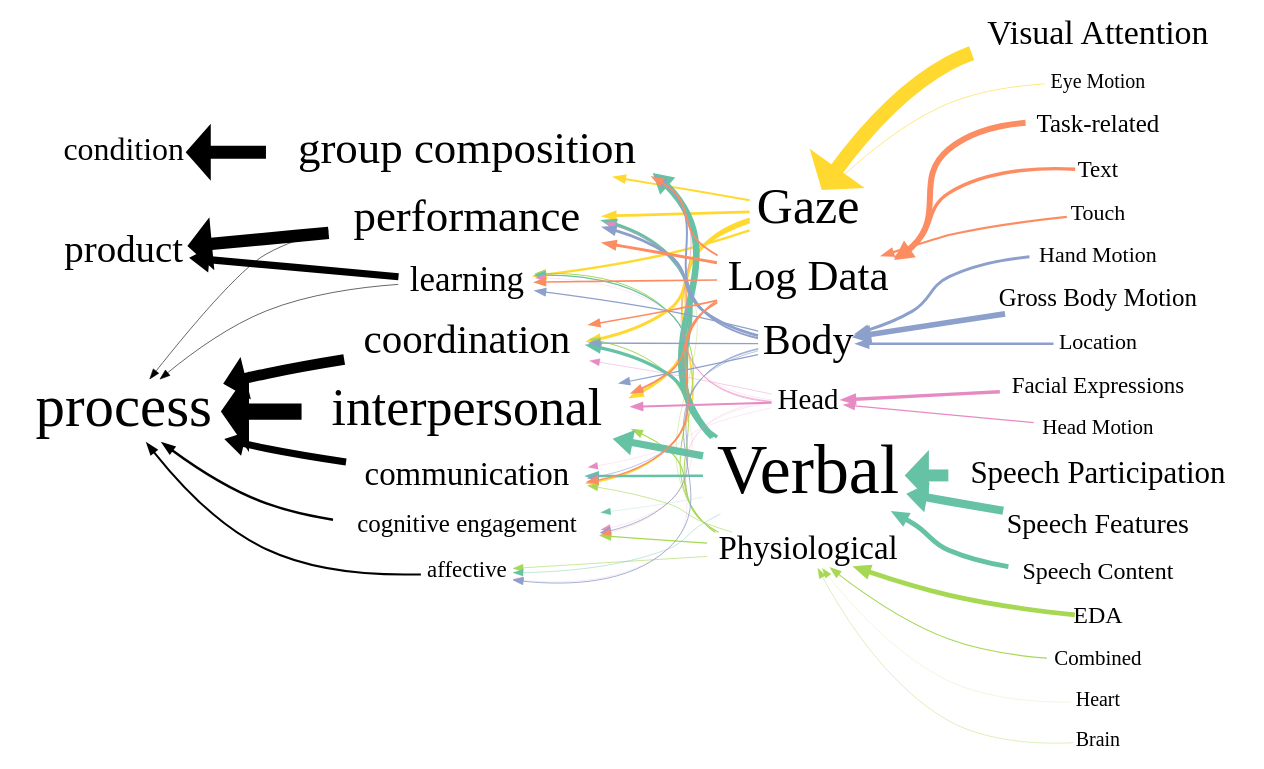
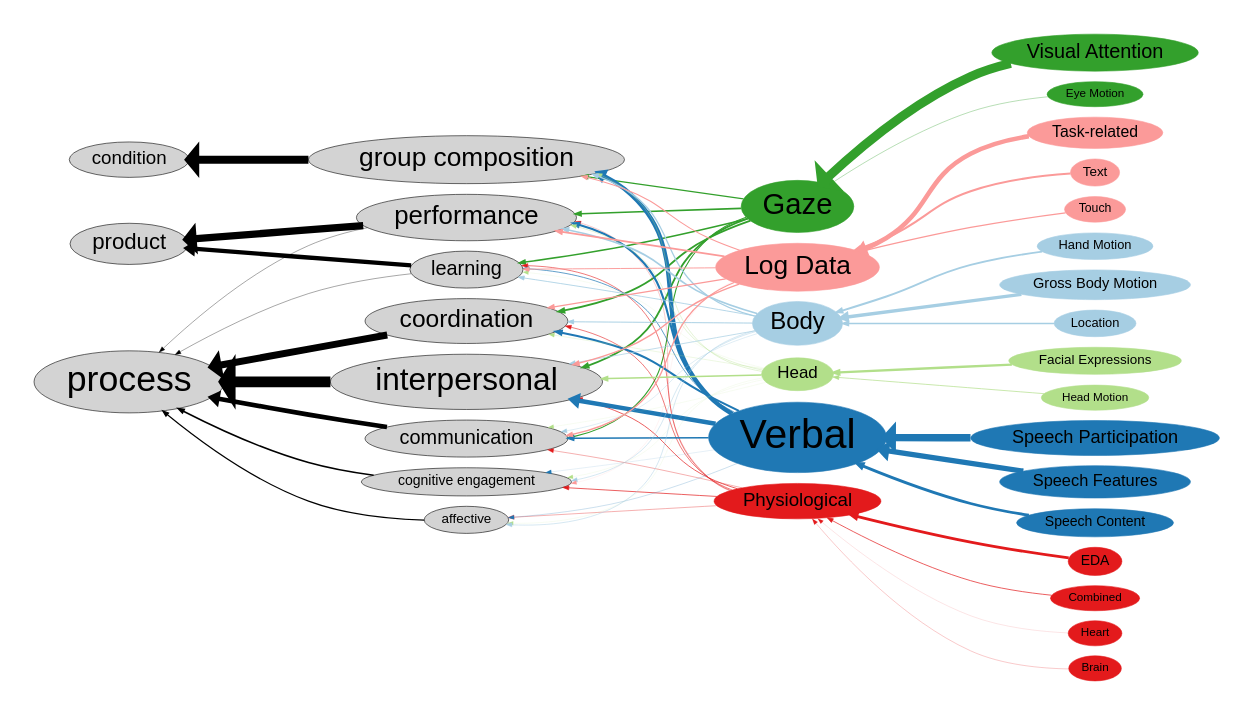
One commit to hgse-schneider/mmca changed the diagram in graphviz/index.gv. Above: the diagram before and after it, drawn with Graphviz. The commit also changed 1 other file, not shown here.

```diff
--- a/graphviz/index.gv
+++ b/graphviz/index.gv
@@ -1,116 +1,116 @@
 digraph world {
     size="10,10";
     rankdir=RL;
-    graph [fontname = "Times new roman"];    node [fontname = "Times new roman", colorscheme=set28];    edge [fontname = "Times new roman", colorscheme=set28];	"Visual Attention" [shape=plain, tooltip="73", fontsize=34, href="Visual_Attention.svg", color="6"];
-	"Gaze" [shape=plain, tooltip="152", fontsize=50, href="Gaze.svg", color="6"];
-	"performance" [shape=plain, tooltip="130", fontsize=45, href="performance.svg", ];
-	"product" [shape=plain, tooltip="98", fontsize=39, href="product.svg", ];
-	"coordination" [shape=plain, tooltip="108", fontsize=41, href="coordination.svg", ];
-	"process" [shape=plain, tooltip="200", fontsize=59, href="process.svg", ];
-	"Eye Motion" [shape=plain, tooltip="3", fontsize=20, href="Eye_Motion.svg", color="6"];
-	"EDA" [shape=plain, tooltip="24", fontsize=24, href="EDA.svg", color="5"];
-	"Physiological" [shape=plain, tooltip="66", fontsize=33, href="Physiological.svg", color="5"];
-	"cognitive engagement" [shape=plain, tooltip="26", fontsize=25, href="cognitive_engagement.svg", ];
-	"affective" [shape=plain, tooltip="20", fontsize=23, href="affective.svg", ];
-	"learning" [shape=plain, tooltip="78", fontsize=35, href="learning.svg", ];
-	"Speech Participation" [shape=plain, tooltip="60", fontsize=31, href="Speech_Participation.svg", color="1"];
-	"Verbal" [shape=plain, tooltip="250", fontsize=70, href="Verbal.svg", color="1"];
-	"interpersonal" [shape=plain, tooltip="164", fontsize=52, href="interpersonal.svg", ];
-	"Combined" [shape=plain, tooltip="6", fontsize=21, href="Combined.svg", color="5"];
-	"group composition" [shape=plain, tooltip="130", fontsize=45, href="group_composition.svg", ];
-	"condition" [shape=plain, tooltip="65", fontsize=32, href="condition.svg", ];
-	"Speech Features" [shape=plain, tooltip="41", fontsize=28, href="Speech_Features.svg", color="1"];
-	"Facial Expressions" [shape=plain, tooltip="17", fontsize=23, href="Facial_Expressions.svg", color="4"];
-	"Head" [shape=plain, tooltip="46", fontsize=29, href="Head.svg", color="4"];
-	"Speech Content" [shape=plain, tooltip="24", fontsize=24, href="Speech_Content.svg", color="1"];
-	"Hand Motion" [shape=plain, tooltip="15", fontsize=22, href="Hand_Motion.svg", color="3"];
-	"Body" [shape=plain, tooltip="112", fontsize=42, href="Body.svg", color="3"];
-	"Task-related" [shape=plain, tooltip="30", fontsize=25, href="Task-related.svg", color="2"];
-	"Log Data" [shape=plain, tooltip="116", fontsize=43, href="Log_Data.svg", color="2"];
-	"Text" [shape=plain, tooltip="17", fontsize=23, href="Text.svg", color="2"];
-	"Gross Body Motion" [shape=plain, tooltip="28", fontsize=25, href="Gross_Body_Motion.svg", color="3"];
-	"Location" [shape=plain, tooltip="13", fontsize=22, href="Location.svg", color="3"];
-	"Head Motion" [shape=plain, tooltip="6", fontsize=21, href="Head_Motion.svg", color="4"];
-	"Touch" [shape=plain, tooltip="11", fontsize=22, href="Touch.svg", color="2"];
-	"Heart" [shape=plain, tooltip="1", fontsize=20, href="Heart.svg", color="5"];
-	"communication" [shape=plain, tooltip="70", fontsize=33, href="communication.svg", ];
-	"Brain" [shape=plain, tooltip="2", fontsize=20, href="Brain.svg", color="5"];
+    graph [ranksep="2", pad=0.5, fontname="Arial"];    node [style="filled", fontname = "Arial", colorscheme=paired12];    edge [fontname="Arial", colorscheme=paired12];	"Visual Attention" [shape=ellipse, tooltip="77", fontsize=34, href="Visual_Attention.svg", color="4" ];
+	"Gaze" [shape=ellipse, tooltip="160", fontsize=50, href="Gaze.svg", color="4" ];
+	"performance" [shape=ellipse, tooltip="132", fontsize=44, href="performance.svg",  ];
+	"product" [shape=ellipse, tooltip="100", fontsize=38, href="product.svg",  ];
+	"coordination" [shape=ellipse, tooltip="120", fontsize=42, href="coordination.svg",  ];
+	"process" [shape=ellipse, tooltip="220", fontsize=61, href="process.svg",  ];
+	"Eye Motion" [shape=ellipse, tooltip="3", fontsize=20, href="Eye_Motion.svg", color="4" ];
+	"EDA" [shape=ellipse, tooltip="24", fontsize=24, href="EDA.svg", color="6" ];
+	"Physiological" [shape=ellipse, tooltip="66", fontsize=32, href="Physiological.svg", color="6" ];
+	"cognitive engagement" [shape=ellipse, tooltip="26", fontsize=24, href="cognitive_engagement.svg",  ];
+	"affective" [shape=ellipse, tooltip="20", fontsize=23, href="affective.svg",  ];
+	"learning" [shape=ellipse, tooltip="80", fontsize=34, href="learning.svg",  ];
+	"Speech Participation" [shape=ellipse, tooltip="63", fontsize=31, href="Speech_Participation.svg", color="2" ];
+	"Verbal" [shape=ellipse, tooltip="266", fontsize=70, href="Verbal.svg", color="2" ];
+	"interpersonal" [shape=ellipse, tooltip="182", fontsize=54, href="interpersonal.svg",  ];
+	"Combined" [shape=ellipse, tooltip="6", fontsize=20, href="Combined.svg", color="6" ];
+	"group composition" [shape=ellipse, tooltip="138", fontsize=45, href="group_composition.svg",  ];
+	"condition" [shape=ellipse, tooltip="69", fontsize=32, href="condition.svg",  ];
+	"Speech Features" [shape=ellipse, tooltip="46", fontsize=28, href="Speech_Features.svg", color="2" ];
+	"Facial Expressions" [shape=ellipse, tooltip="20", fontsize=23, href="Facial_Expressions.svg", color="3" ];
+	"Head" [shape=ellipse, tooltip="52", fontsize=29, href="Head.svg", color="3" ];
+	"Speech Content" [shape=ellipse, tooltip="24", fontsize=24, href="Speech_Content.svg", color="2" ];
+	"Hand Motion" [shape=ellipse, tooltip="16", fontsize=22, href="Hand_Motion.svg", color="1" ];
+	"Body" [shape=ellipse, tooltip="116", fontsize=41, href="Body.svg", color="1" ];
+	"Task-related" [shape=ellipse, tooltip="39", fontsize=27, href="Task-related.svg", color="5" ];
+	"Log Data" [shape=ellipse, tooltip="134", fontsize=45, href="Log_Data.svg", color="5" ];
+	"Text" [shape=ellipse, tooltip="17", fontsize=23, href="Text.svg", color="5" ];
+	"Gross Body Motion" [shape=ellipse, tooltip="29", fontsize=25, href="Gross_Body_Motion.svg", color="1" ];
+	"Location" [shape=ellipse, tooltip="13", fontsize=22, href="Location.svg", color="1" ];
+	"Head Motion" [shape=ellipse, tooltip="6", fontsize=20, href="Head_Motion.svg", color="3" ];
+	"Touch" [shape=ellipse, tooltip="11", fontsize=21, href="Touch.svg", color="5" ];
+	"Heart" [shape=ellipse, tooltip="1", fontsize=20, href="Heart.svg", color="6" ];
+	"communication" [shape=ellipse, tooltip="80", fontsize=34, href="communication.svg",  ];
+	"Brain" [shape=ellipse, tooltip="2", fontsize=20, href="Brain.svg", color="6" ];
 
 
-	{rank=same; "Gross Body Motion" "Hand Motion" "Speech Participation" "Location" "Text" "Speech Content" "Task-related" "Speech Features" "Touch" "Visual Attention" "Facial Expressions" "Eye Motion" "EDA" "Heart" "Head Motion" "Brain" "Combined";}
-	{rank=same; "Verbal" "Log Data" "Body" "Head" "Physiological" "Gaze";}
+	{rank=same; "Task-related" "Combined" "Text" "Speech Features" "EDA" "Gross Body Motion" "Visual Attention" "Touch" "Head Motion" "Heart" "Eye Motion" "Hand Motion" "Brain" "Facial Expressions" "Location" "Speech Participation" "Speech Content";}
+	{rank=same; "Body" "Verbal" "Head" "Gaze" "Log Data" "Physiological";}
 
 
-	"Visual Attention" -> "Gaze" [labeltooltip=73, penwidth=14.6, href="", color="6"];
-	"Gaze" -> "performance" [labeltooltip=14, penwidth=2.8, href="Gaze -> performance.gv.svg", color="6"];
-	"performance" -> "product" [labeltooltip=62, penwidth=12.4, href="", ];
-	"Gaze" -> "coordination" [labeltooltip=15, penwidth=3.0, href="Gaze -> coordination.gv.svg", color="6"];
-	"coordination" -> "process" [labeltooltip=54, penwidth=10.8, href="", ];
-	"Eye Motion" -> "Gaze" [labeltooltip=3, penwidth=0.6, href="", color="6"];
-	"EDA" -> "Physiological" [labeltooltip=24, penwidth=4.8, href="", color="5"];
-	"Physiological" -> "cognitive engagement" [labeltooltip=6, penwidth=1.2, href="Physiological -> cognitive engagement.gv.svg", color="5"];
+	"Visual Attention" -> "Gaze" [labeltooltip=77, penwidth=15.4, href="", color="4"];
+	"Gaze" -> "performance" [labeltooltip=14, penwidth=2.8, href="Gaze -> performance.gv.svg", color="4"];
+	"performance" -> "product" [labeltooltip=63, penwidth=12.6, href="", ];
+	"Gaze" -> "coordination" [labeltooltip=16, penwidth=3.2, href="Gaze -> coordination.gv.svg", color="4"];
+	"coordination" -> "process" [labeltooltip=60, penwidth=12.0, href="", ];
+	"Eye Motion" -> "Gaze" [labeltooltip=3, penwidth=0.6, href="", color="4"];
+	"EDA" -> "Physiological" [labeltooltip=24, penwidth=4.8, href="", color="6"];
+	"Physiological" -> "cognitive engagement" [labeltooltip=6, penwidth=1.2, href="Physiological -> cognitive engagement.gv.svg", color="6"];
 	"cognitive engagement" -> "process" [labeltooltip=13, penwidth=2.6, href="", ];
-	"Physiological" -> "affective" [labeltooltip=3, penwidth=0.6, href="Physiological -> affective.gv.svg", color="5"];
+	"Physiological" -> "affective" [labeltooltip=3, penwidth=0.6, href="Physiological -> affective.gv.svg", color="6"];
 	"affective" -> "process" [labeltooltip=10, penwidth=2.0, href="", ];
-	"Physiological" -> "learning" [labeltooltip=5, penwidth=1.0, href="Physiological -> learning.gv.svg", color="5"];
-	"learning" -> "product" [labeltooltip=36, penwidth=7.2, href="", ];
-	"Speech Participation" -> "Verbal" [labeltooltip=60, penwidth=12.0, href="", color="1"];
-	"Verbal" -> "interpersonal" [labeltooltip=36, penwidth=7.2, href="Verbal -> interpersonal.gv.svg", color="1"];
-	"interpersonal" -> "process" [labeltooltip=82, penwidth=16.4, href="", ];
-	"Gaze" -> "interpersonal" [labeltooltip=15, penwidth=3.0, href="Gaze -> interpersonal.gv.svg", color="6"];
-	"Combined" -> "Physiological" [labeltooltip=6, penwidth=1.2, href="", color="5"];
-	"Verbal" -> "group composition" [labeltooltip=33, penwidth=6.6, href="Verbal -> group composition.gv.svg", color="1"];
-	"group composition" -> "condition" [labeltooltip=65, penwidth=13.0, href="", ];
-	"Gaze" -> "group composition" [labeltooltip=10, penwidth=2.0, href="Gaze -> group composition.gv.svg", color="6"];
-	"Verbal" -> "performance" [labeltooltip=17, penwidth=3.4, href="Verbal -> performance.gv.svg", color="1"];
-	"Speech Features" -> "Verbal" [labeltooltip=41, penwidth=8.2, href="", color="1"];
-	"Facial Expressions" -> "Head" [labeltooltip=17, penwidth=3.4, href="", color="4"];
-	"Head" -> "interpersonal" [labeltooltip=10, penwidth=2.0, href="Head -> interpersonal.gv.svg", color="4"];
-	"Speech Content" -> "Verbal" [labeltooltip=24, penwidth=4.8, href="", color="1"];
-	"Gaze" -> "learning" [labeltooltip=12, penwidth=2.4, href="Gaze -> learning.gv.svg", color="6"];
-	"Verbal" -> "cognitive engagement" [labeltooltip=1, penwidth=0.2, href="Verbal -> cognitive engagement.gv.svg", color="1"];
-	"Head" -> "cognitive engagement" [labeltooltip=1, penwidth=0.2, href="Head -> cognitive engagement.gv.svg", color="4"];
-	"Hand Motion" -> "Body" [labeltooltip=15, penwidth=3.0, href="", color="3"];
-	"Body" -> "cognitive engagement" [labeltooltip=4, penwidth=0.8, href="Body -> cognitive engagement.gv.svg", color="3"];
-	"Verbal" -> "affective" [labeltooltip=2, penwidth=0.4, href="Verbal -> affective.gv.svg", color="1"];
-	"Head" -> "affective" [labeltooltip=1, penwidth=0.2, href="Head -> affective.gv.svg", color="4"];
-	"Body" -> "affective" [labeltooltip=4, penwidth=0.8, href="Body -> affective.gv.svg", color="3"];
-	"Verbal" -> "learning" [labeltooltip=6, penwidth=1.2, href="Verbal -> learning.gv.svg", color="1"];
+	"Physiological" -> "learning" [labeltooltip=5, penwidth=1.0, href="Physiological -> learning.gv.svg", color="6"];
+	"learning" -> "product" [labeltooltip=37, penwidth=7.4, href="", ];
+	"Speech Participation" -> "Verbal" [labeltooltip=63, penwidth=12.6, href="", color="2"];
+	"Verbal" -> "interpersonal" [labeltooltip=38, penwidth=7.6, href="Verbal -> interpersonal.gv.svg", color="2"];
+	"interpersonal" -> "process" [labeltooltip=91, penwidth=18.2, href="", ];
+	"Gaze" -> "interpersonal" [labeltooltip=16, penwidth=3.2, href="Gaze -> interpersonal.gv.svg", color="4"];
+	"Combined" -> "Physiological" [labeltooltip=6, penwidth=1.2, href="", color="6"];
+	"Verbal" -> "group composition" [labeltooltip=36, penwidth=7.2, href="Verbal -> group composition.gv.svg", color="2"];
+	"group composition" -> "condition" [labeltooltip=69, penwidth=13.8, href="", ];
+	"Gaze" -> "group composition" [labeltooltip=10, penwidth=2.0, href="Gaze -> group composition.gv.svg", color="4"];
+	"Verbal" -> "performance" [labeltooltip=18, penwidth=3.6, href="Verbal -> performance.gv.svg", color="2"];
+	"Speech Features" -> "Verbal" [labeltooltip=46, penwidth=9.2, href="", color="2"];
+	"Facial Expressions" -> "Head" [labeltooltip=20, penwidth=4.0, href="", color="3"];
+	"Head" -> "interpersonal" [labeltooltip=13, penwidth=2.6, href="Head -> interpersonal.gv.svg", color="3"];
+	"Speech Content" -> "Verbal" [labeltooltip=24, penwidth=4.8, href="", color="2"];
+	"Gaze" -> "learning" [labeltooltip=13, penwidth=2.6, href="Gaze -> learning.gv.svg", color="4"];
+	"Verbal" -> "cognitive engagement" [labeltooltip=1, penwidth=0.2, href="Verbal -> cognitive engagement.gv.svg", color="2"];
+	"Head" -> "cognitive engagement" [labeltooltip=1, penwidth=0.2, href="Head -> cognitive engagement.gv.svg", color="3"];
+	"Hand Motion" -> "Body" [labeltooltip=16, penwidth=3.2, href="", color="1"];
+	"Body" -> "cognitive engagement" [labeltooltip=4, penwidth=0.8, href="Body -> cognitive engagement.gv.svg", color="1"];
+	"Verbal" -> "affective" [labeltooltip=2, penwidth=0.4, href="Verbal -> affective.gv.svg", color="2"];
+	"Head" -> "affective" [labeltooltip=1, penwidth=0.2, href="Head -> affective.gv.svg", color="3"];
+	"Body" -> "affective" [labeltooltip=4, penwidth=0.8, href="Body -> affective.gv.svg", color="1"];
+	"Verbal" -> "learning" [labeltooltip=6, penwidth=1.2, href="Verbal -> learning.gv.svg", color="2"];
 	"learning" -> "process" [labeltooltip=3, penwidth=0.6, href="", ];
-	"Head" -> "learning" [labeltooltip=1, penwidth=0.2, href="Head -> learning.gv.svg", color="4"];
-	"Body" -> "learning" [labeltooltip=7, penwidth=1.4, href="Body -> learning.gv.svg", color="3"];
-	"Task-related" -> "Log Data" [labeltooltip=30, penwidth=6.0, href="", color="2"];
-	"Log Data" -> "performance" [labeltooltip=15, penwidth=3.0, href="Log Data -> performance.gv.svg", color="2"];
-	"Text" -> "Log Data" [labeltooltip=17, penwidth=3.4, href="", color="2"];
-	"Log Data" -> "learning" [labeltooltip=8, penwidth=1.6, href="Log Data -> learning.gv.svg", color="2"];
-	"Gross Body Motion" -> "Body" [labeltooltip=28, penwidth=5.6, href="", color="3"];
-	"Body" -> "performance" [labeltooltip=14, penwidth=2.8, href="Body -> performance.gv.svg", color="3"];
-	"Location" -> "Body" [labeltooltip=13, penwidth=2.6, href="", color="3"];
-	"Log Data" -> "group composition" [labeltooltip=9, penwidth=1.8, href="Log Data -> group composition.gv.svg", color="2"];
-	"Body" -> "group composition" [labeltooltip=10, penwidth=2.0, href="Body -> group composition.gv.svg", color="3"];
-	"Head Motion" -> "Head" [labeltooltip=6, penwidth=1.2, href="", color="4"];
-	"Head" -> "group composition" [labeltooltip=3, penwidth=0.6, href="Head -> group composition.gv.svg", color="4"];
-	"Verbal" -> "coordination" [labeltooltip=17, penwidth=3.4, href="Verbal -> coordination.gv.svg", color="1"];
-	"Touch" -> "Log Data" [labeltooltip=11, penwidth=2.2, href="", color="2"];
-	"Log Data" -> "coordination" [labeltooltip=8, penwidth=1.6, href="Log Data -> coordination.gv.svg", color="2"];
-	"Physiological" -> "coordination" [labeltooltip=5, penwidth=1.0, href="Physiological -> coordination.gv.svg", color="5"];
-	"Body" -> "coordination" [labeltooltip=7, penwidth=1.4, href="Body -> coordination.gv.svg", color="3"];
-	"Physiological" -> "performance" [labeltooltip=2, penwidth=0.4, href="Physiological -> performance.gv.svg", color="5"];
-	"Heart" -> "Physiological" [labeltooltip=1, penwidth=0.2, href="", color="5"];
-	"Head" -> "communication" [labeltooltip=1, penwidth=0.2, href="Head -> communication.gv.svg", color="4"];
-	"communication" -> "process" [labeltooltip=35, penwidth=7.0, href="", ];
-	"Head" -> "performance" [labeltooltip=3, penwidth=0.6, href="Head -> performance.gv.svg", color="4"];
-	"Head" -> "coordination" [labeltooltip=2, penwidth=0.4, href="Head -> coordination.gv.svg", color="4"];
-	"Body" -> "interpersonal" [labeltooltip=6, penwidth=1.2, href="Body -> interpersonal.gv.svg", color="3"];
-	"Physiological" -> "interpersonal" [labeltooltip=6, penwidth=1.2, href="Physiological -> interpersonal.gv.svg", color="5"];
-	"Log Data" -> "interpersonal" [labeltooltip=9, penwidth=1.8, href="Log Data -> interpersonal.gv.svg", color="2"];
-	"Physiological" -> "communication" [labeltooltip=3, penwidth=0.6, href="Physiological -> communication.gv.svg", color="5"];
-	"Verbal" -> "communication" [labeltooltip=12, penwidth=2.4, href="Verbal -> communication.gv.svg", color="1"];
-	"Log Data" -> "communication" [labeltooltip=8, penwidth=1.6, href="Log Data -> communication.gv.svg", color="2"];
-	"Brain" -> "Physiological" [labeltooltip=2, penwidth=0.4, href="", color="5"];
-	"Body" -> "communication" [labeltooltip=3, penwidth=0.6, href="Body -> communication.gv.svg", color="3"];
-	"Gaze" -> "communication" [labeltooltip=8, penwidth=1.6, href="Gaze -> communication.gv.svg", color="6"];
-	"Log Data" -> "cognitive engagement" [labeltooltip=1, penwidth=0.2, href="Log Data -> cognitive engagement.gv.svg", color="2"];
+	"Head" -> "learning" [labeltooltip=1, penwidth=0.2, href="Head -> learning.gv.svg", color="3"];
+	"Body" -> "learning" [labeltooltip=7, penwidth=1.4, href="Body -> learning.gv.svg", color="1"];
+	"Task-related" -> "Log Data" [labeltooltip=39, penwidth=7.8, href="", color="5"];
+	"Log Data" -> "performance" [labeltooltip=15, penwidth=3.0, href="Log Data -> performance.gv.svg", color="5"];
+	"Text" -> "Log Data" [labeltooltip=17, penwidth=3.4, href="", color="5"];
+	"Log Data" -> "learning" [labeltooltip=8, penwidth=1.6, href="Log Data -> learning.gv.svg", color="5"];
+	"Gross Body Motion" -> "Body" [labeltooltip=29, penwidth=5.8, href="", color="1"];
+	"Body" -> "performance" [labeltooltip=14, penwidth=2.8, href="Body -> performance.gv.svg", color="1"];
+	"Location" -> "Body" [labeltooltip=13, penwidth=2.6, href="", color="1"];
+	"Log Data" -> "group composition" [labeltooltip=9, penwidth=1.8, href="Log Data -> group composition.gv.svg", color="5"];
+	"Body" -> "group composition" [labeltooltip=11, penwidth=2.2, href="Body -> group composition.gv.svg", color="1"];
+	"Head Motion" -> "Head" [labeltooltip=6, penwidth=1.2, href="", color="3"];
+	"Head" -> "group composition" [labeltooltip=3, penwidth=0.6, href="Head -> group composition.gv.svg", color="3"];
+	"Verbal" -> "coordination" [labeltooltip=18, penwidth=3.6, href="Verbal -> coordination.gv.svg", color="2"];
+	"Touch" -> "Log Data" [labeltooltip=11, penwidth=2.2, href="", color="5"];
+	"Log Data" -> "coordination" [labeltooltip=11, penwidth=2.2, href="Log Data -> coordination.gv.svg", color="5"];
+	"Physiological" -> "coordination" [labeltooltip=5, penwidth=1.0, href="Physiological -> coordination.gv.svg", color="6"];
+	"Body" -> "coordination" [labeltooltip=8, penwidth=1.6, href="Body -> coordination.gv.svg", color="1"];
+	"Physiological" -> "performance" [labeltooltip=2, penwidth=0.4, href="Physiological -> performance.gv.svg", color="6"];
+	"Heart" -> "Physiological" [labeltooltip=1, penwidth=0.2, href="", color="6"];
+	"Head" -> "communication" [labeltooltip=1, penwidth=0.2, href="Head -> communication.gv.svg", color="3"];
+	"communication" -> "process" [labeltooltip=40, penwidth=8.0, href="", ];
+	"Head" -> "performance" [labeltooltip=3, penwidth=0.6, href="Head -> performance.gv.svg", color="3"];
+	"Head" -> "coordination" [labeltooltip=2, penwidth=0.4, href="Head -> coordination.gv.svg", color="3"];
+	"Body" -> "interpersonal" [labeltooltip=6, penwidth=1.2, href="Body -> interpersonal.gv.svg", color="1"];
+	"Physiological" -> "interpersonal" [labeltooltip=6, penwidth=1.2, href="Physiological -> interpersonal.gv.svg", color="6"];
+	"Log Data" -> "interpersonal" [labeltooltip=12, penwidth=2.4, href="Log Data -> interpersonal.gv.svg", color="5"];
+	"Physiological" -> "communication" [labeltooltip=3, penwidth=0.6, href="Physiological -> communication.gv.svg", color="6"];
+	"Verbal" -> "communication" [labeltooltip=13, penwidth=2.6, href="Verbal -> communication.gv.svg", color="2"];
+	"Log Data" -> "communication" [labeltooltip=11, penwidth=2.2, href="Log Data -> communication.gv.svg", color="5"];
+	"Brain" -> "Physiological" [labeltooltip=2, penwidth=0.4, href="", color="6"];
+	"Body" -> "communication" [labeltooltip=3, penwidth=0.6, href="Body -> communication.gv.svg", color="1"];
+	"Gaze" -> "communication" [labeltooltip=9, penwidth=1.8, href="Gaze -> communication.gv.svg", color="4"];
+	"Log Data" -> "cognitive engagement" [labeltooltip=1, penwidth=0.2, href="Log Data -> cognitive engagement.gv.svg", color="5"];
 	"performance" -> "process" [labeltooltip=3, penwidth=0.6, href="", ];
 
 
```
